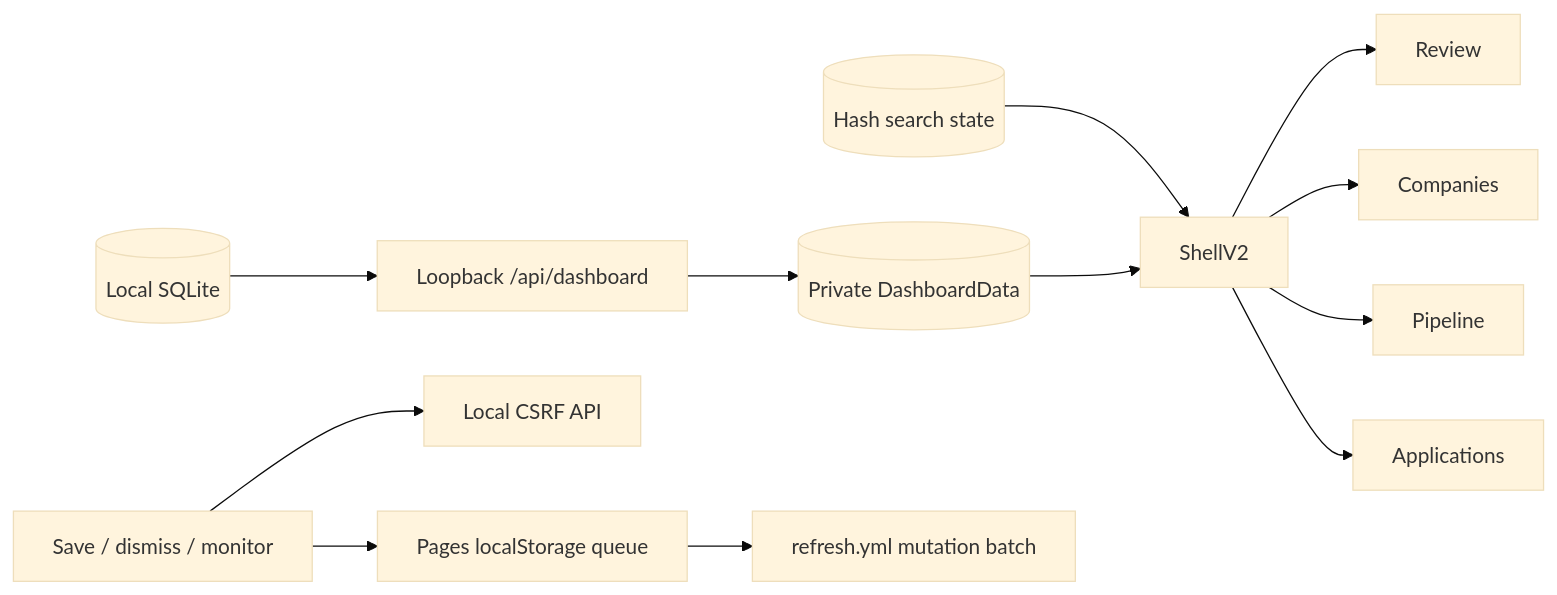
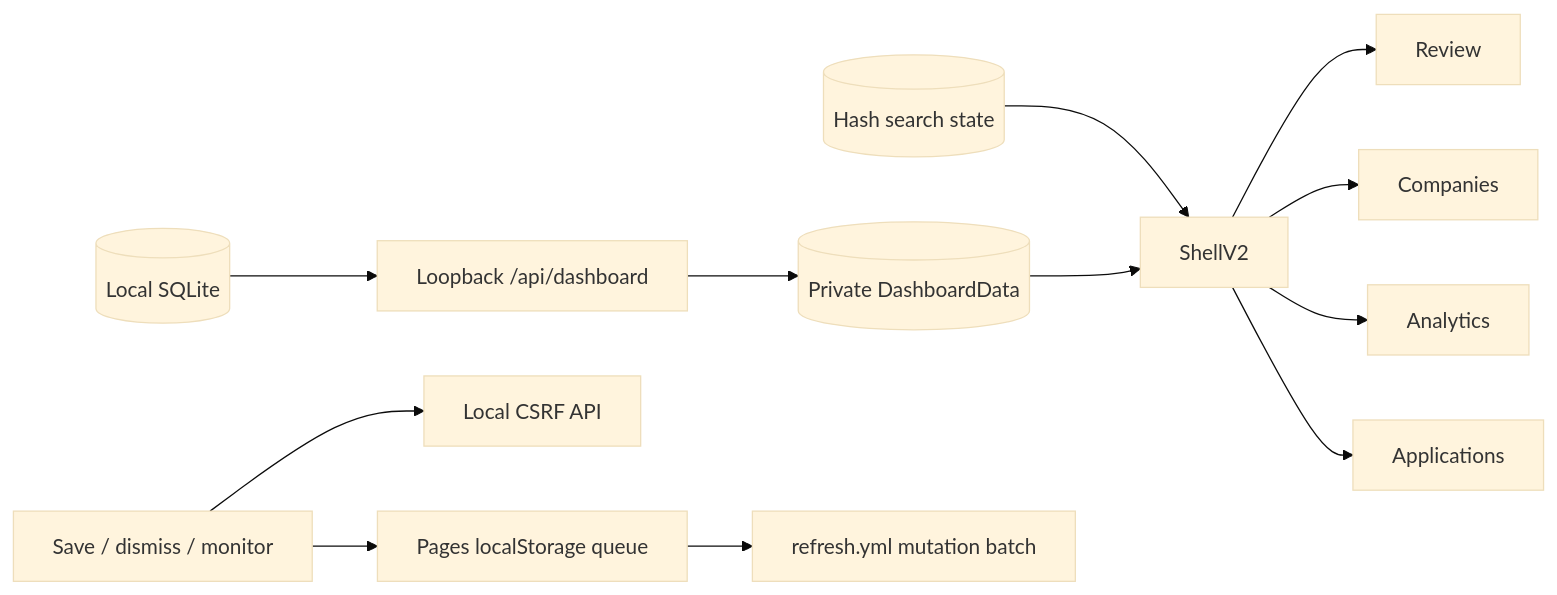
The third of 4 diagrams in ARCHITECTURE.md (rinz0x0cruz/jobscope), drawn with Mermaid (base theme) before and after one commit. The commit also changed other lines of this file and 102 other files, not shown here.

````diff
--- a/ARCHITECTURE.md
+++ b/ARCHITECTURE.md
@@ -381,14 +386,14 @@
 ```mermaid
 flowchart LR
   URL[(Hash search state)] --> Shell[ShellV2]
   Private[(Private DashboardData)] --> Shell
   SQLite[(Local SQLite)] --> GuardedAPI[Loopback /api/dashboard]
   GuardedAPI --> Private
   Shell --> Review
   Shell --> Companies
-  Shell --> Pipeline
+  Shell --> Analytics
   Shell --> Applications
   Action[Save / dismiss / monitor] --> Local[Local CSRF API]
   Action --> Queue[Pages localStorage queue]
   Queue --> Workflow[refresh.yml mutation batch]
 ```
````
